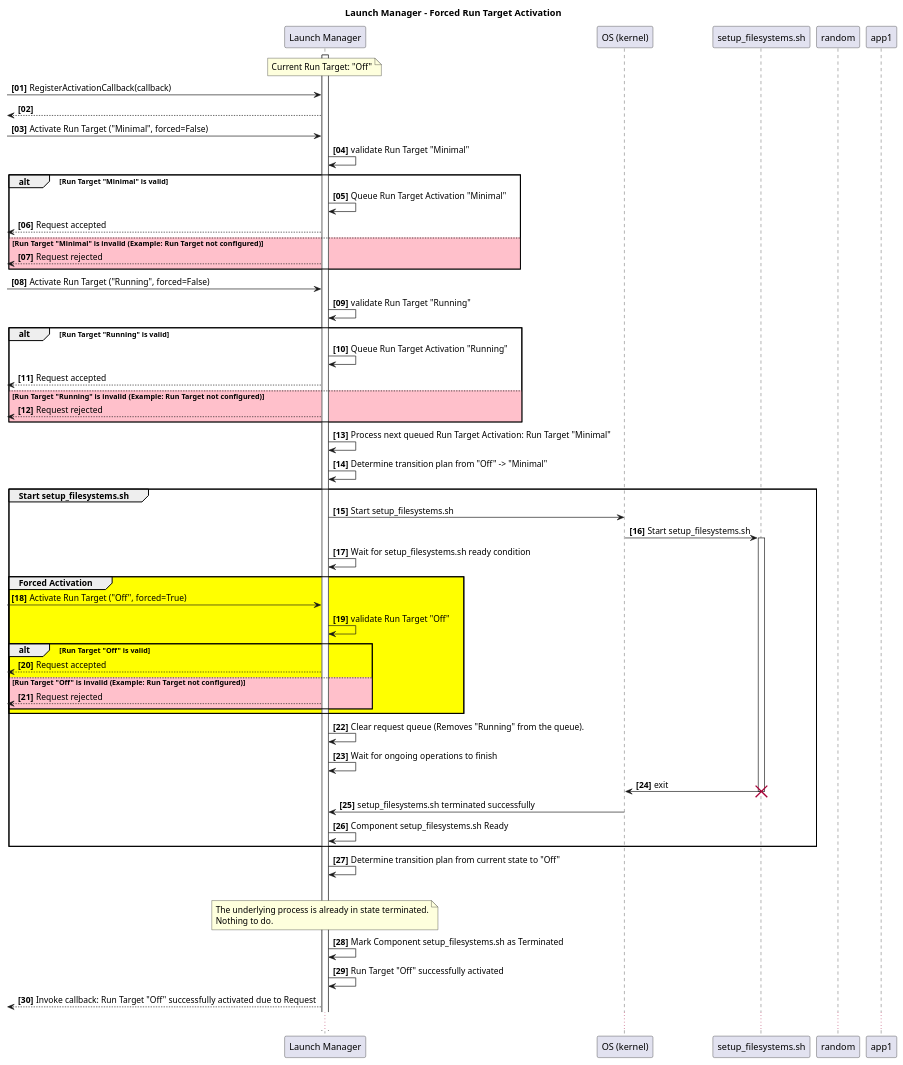
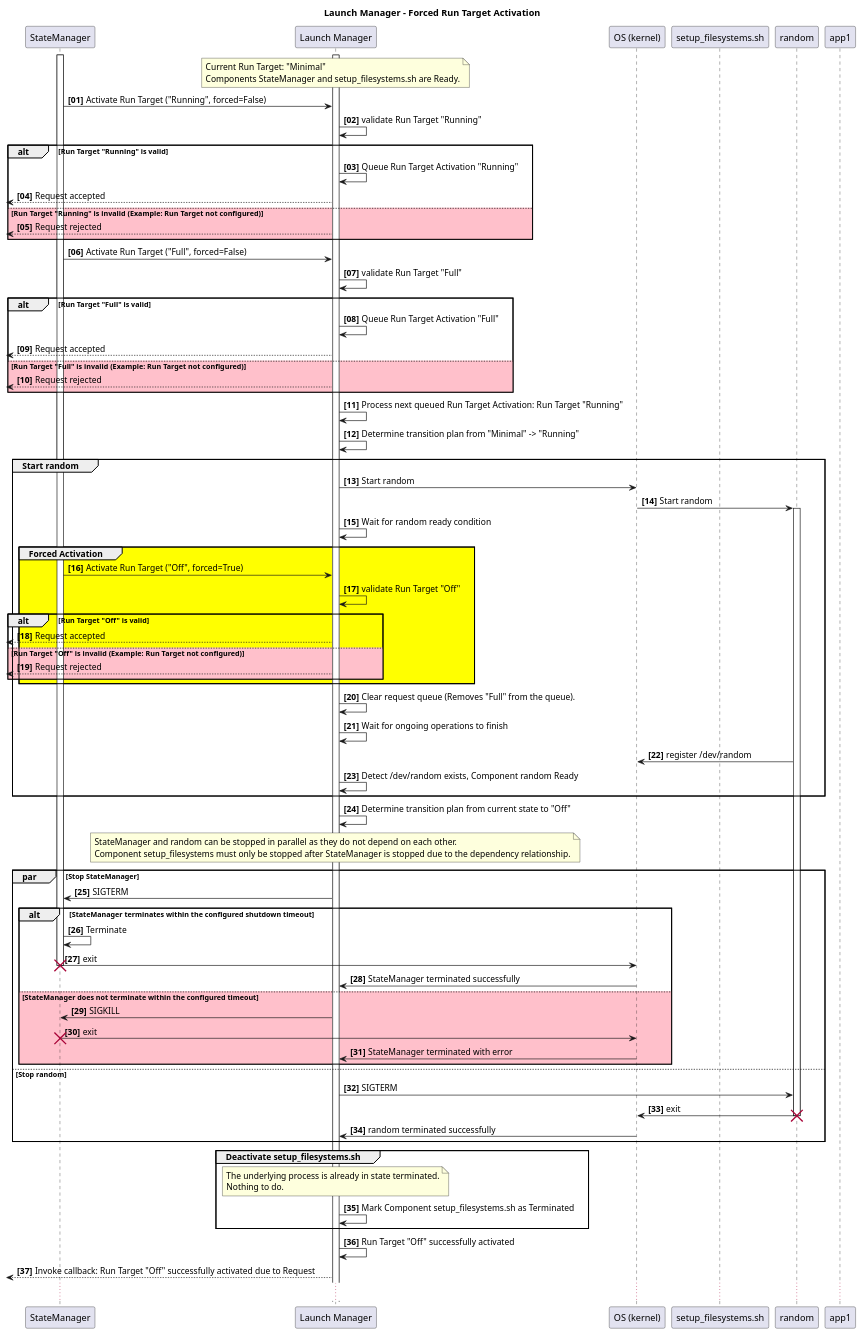
One commit to eclipse-score/lifecycle changed the diagram in docs/features/lifecycle/architecture/_assets/control_interface_forced_activation.puml. Above: the diagram before and after it, drawn with PlantUML. The commit also changed 15 other files, not shown here.

Commit message:
Sequence diagram extensions

```diff
--- a/docs/features/lifecycle/architecture/_assets/control_interface_forced_activation.puml
+++ b/docs/features/lifecycle/architecture/_assets/control_interface_forced_activation.puml
@@ -14,78 +14,103 @@
 @startuml
 title Launch Manager - Forced Run Target Activation
 
 autonumber "<b>[00]"
 
+participant "StateManager" as sm
 participant "Launch Manager" as LM
 participant "OS (kernel)" as kernel
 participant "setup_filesystems.sh" as fs
 participant "random" as ran
 participant "app1" as app1
 
 activate LM
+activate sm
 
 note over LM
-Current Run Target: "Off"
+Current Run Target: "Minimal"
+Components StateManager and setup_filesystems.sh are Ready.
 end note
 
-[-> LM : RegisterActivationCallback(callback)
-[<-- LM 
-
-[-> LM : Activate Run Target ("Minimal", forced=False)
-LM -> LM: validate Run Target "Minimal"
-alt #White Run Target "Minimal" is valid
-    LM -> LM: Queue Run Target Activation "Minimal"
-    [<-- LM: Request accepted
-else #Pink Run Target "Minimal" is invalid (Example: Run Target not configured)
-    [<-- LM: Request rejected
-end alt
-
-[-> LM : Activate Run Target ("Running", forced=False)
+sm -> LM : Activate Run Target ("Running", forced=False)
 LM -> LM: validate Run Target "Running"
 alt #White Run Target "Running" is valid
     LM -> LM: Queue Run Target Activation "Running"
     [<-- LM: Request accepted
 else #Pink Run Target "Running" is invalid (Example: Run Target not configured)
     [<-- LM: Request rejected
 end alt
 
-LM -> LM: Process next queued Run Target Activation: Run Target "Minimal"
-LM -> LM: Determine transition plan from "Off" -> "Minimal"
+sm -> LM : Activate Run Target ("Full", forced=False)
+LM -> LM: validate Run Target "Full"
+alt #White Run Target "Full" is valid
+    LM -> LM: Queue Run Target Activation "Full"
+    [<-- LM: Request accepted
+else #Pink Run Target "Full" is invalid (Example: Run Target not configured)
+    [<-- LM: Request rejected
+end alt
 
-group #White Start setup_filesystems.sh
-    LM -> kernel : Start setup_filesystems.sh
-    kernel -> fs ++ : Start setup_filesystems.sh
-    LM -> LM : Wait for setup_filesystems.sh ready condition
+LM -> LM: Process next queued Run Target Activation: Run Target "Running"
+LM -> LM: Determine transition plan from "Minimal" -> "Running"
+
+group #White Start random
+    LM -> kernel : Start random
+    kernel -> ran ++ : Start random
+    LM -> LM : Wait for random ready condition
 
     group #Yellow Forced Activation
-        [-> LM : Activate Run Target ("Off", forced=True)
+        sm -> LM : Activate Run Target ("Off", forced=True)
         LM -> LM: validate Run Target "Off"
         alt  Run Target "Off" is valid
             [<-- LM: Request accepted
         else #Pink Run Target "Off" is invalid (Example: Run Target not configured)
             [<-- LM: Request rejected
         end alt
     end group
 
-    LM -> LM : Clear request queue (Removes "Running" from the queue).
+    LM -> LM : Clear request queue (Removes "Full" from the queue).
     LM -> LM : Wait for ongoing operations to finish
 
-    fs -> kernel : exit
-    destroy fs
-    kernel -> LM : setup_filesystems.sh terminated successfully
-    LM -> LM : Component setup_filesystems.sh Ready
+    ran -> kernel : register /dev/random
+    LM -> LM : Detect /dev/random exists, Component random Ready
 end group
 
 LM -> LM : Determine transition plan from current state to "Off"
+
+note over LM
+StateManager and random can be stopped in parallel as they do not depend on each other.
+Component setup_filesystems must only be stopped after StateManager is stopped due to the dependency relationship.
+end note
+
+par Stop StateManager
+    LM -> sm : SIGTERM
+    alt StateManager terminates within the configured shutdown timeout
+        sm -> sm : Terminate
+        sm -> kernel : exit
+        destroy sm
+        kernel -> LM : StateManager terminated successfully
+    else #pink StateManager does not terminate within the configured timeout
+        LM -> sm : SIGKILL
+        sm -> kernel : exit
+        destroy sm
+        kernel -> LM : StateManager terminated with error
+    end alt
+else Stop random
+    LM -> ran : SIGTERM
+    ran -> kernel : exit
+    destroy ran
+    kernel -> LM : random terminated successfully
+end par
+
 group #White Deactivate setup_filesystems.sh
     note over LM
         The underlying process is already in state terminated.
         Nothing to do.
     end note
-LM -> LM : Mark Component setup_filesystems.sh as Terminated
+    LM -> LM : Mark Component setup_filesystems.sh as Terminated
+end group
 
 LM -> LM: Run Target "Off" successfully activated
 [<-- LM: Invoke callback: Run Target "Off" successfully activated due to Request
 
 ...
 @enduml
```
